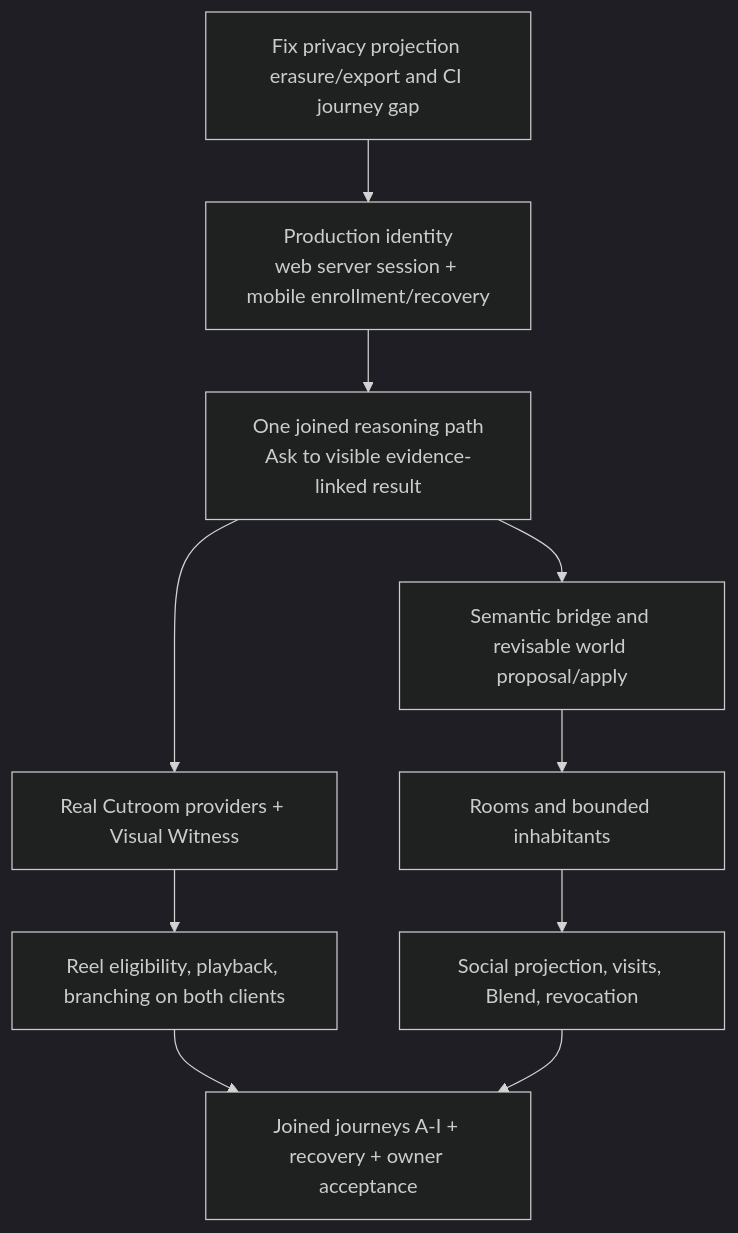
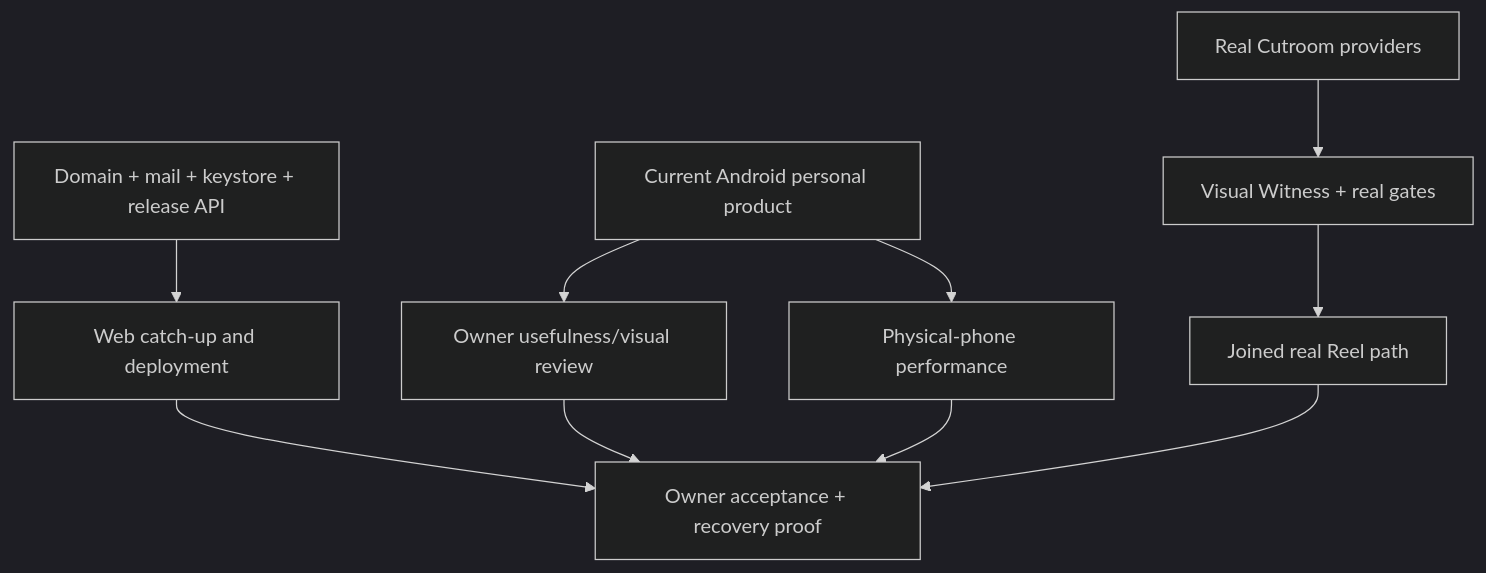
Diagram 16 of 16 in docs/flowwalk/knowscroll-codebase-architecture-guide.md (KnowScroll/knowscroll), drawn with Mermaid (dark theme) before and after one commit. The commit also changed other lines of this file, not shown here.

Commit message:
docs: refresh architecture guide for current system (#72)

````diff
--- a/docs/flowwalk/knowscroll-codebase-architecture-guide.md
+++ b/docs/flowwalk/knowscroll-codebase-architecture-guide.md
@@ -978,17 +705,20 @@
 ```mermaid
 flowchart TD
-    P0[Fix privacy projection erasure/export and CI journey gap]
-    P1[Production identity\nweb server session + mobile enrollment/recovery]
-    P2[One joined reasoning path\nAsk to visible evidence-linked result]
-    P3[Semantic bridge and revisable world proposal/apply]
-    P4[Real Cutroom providers + Visual Witness]
-    P5[Reel eligibility, playback, branching on both clients]
-    P6[Rooms and bounded inhabitants]
-    P7[Social projection, visits, Blend, revocation]
-    P8[Joined journeys A-I + recovery + owner acceptance]
-    P0 --> P1 --> P2 --> P3
-    P2 --> P4 --> P5
-    P3 --> P6 --> P7
-    P5 --> P8
-    P7 --> P8
+  A[Current Android personal product]
+  U[Owner usefulness/visual review]
+  P[Physical-phone performance]
+  R[Domain + mail + keystore + release API]
+  W[Web catch-up and deployment]
+  C[Real Cutroom providers]
+  V[Visual Witness + real gates]
+  J[Joined real Reel path]
+  O[Owner acceptance + recovery proof]
+  A --> U
+  A --> P
+  R --> W
+  C --> V --> J
+  W --> O
+  U --> O
+  P --> O
+  J --> O
 ```
````
